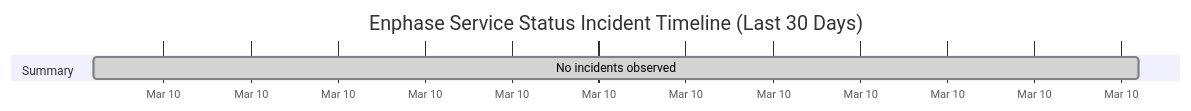
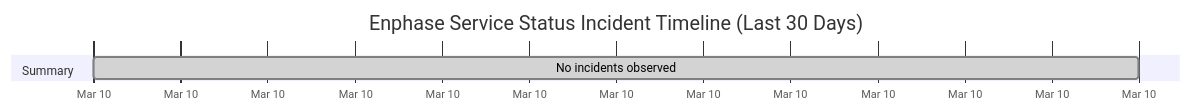
One commit to barneyonline/ha-enphase-ev-charger changed the diagram in wiki/Service-Status-History.md. Above: the diagram before and after it, drawn with Mermaid. The commit also changed other lines of this file and 3 other files, not shown here.

````diff
--- a/wiki/Service-Status-History.md
+++ b/wiki/Service-Status-History.md
@@ -14,8 +14,8 @@
 ```mermaid
 gantt
     title Enphase Service Status Incident Timeline (Last 30 Days)
     dateFormat  YYYY-MM-DDTHH:mm:ss
     axisFormat  %b %d
     section Summary
-    No incidents observed :done, 2026-03-10T05:39:16, 1m
+    No incidents observed :done, 2026-03-10T06:37:05, 1m
 ```
````
